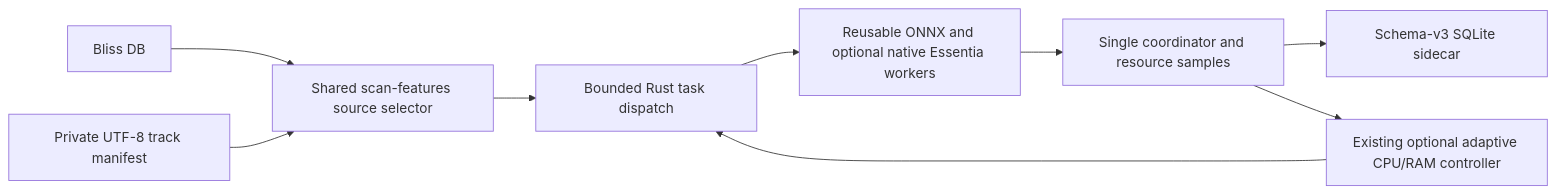
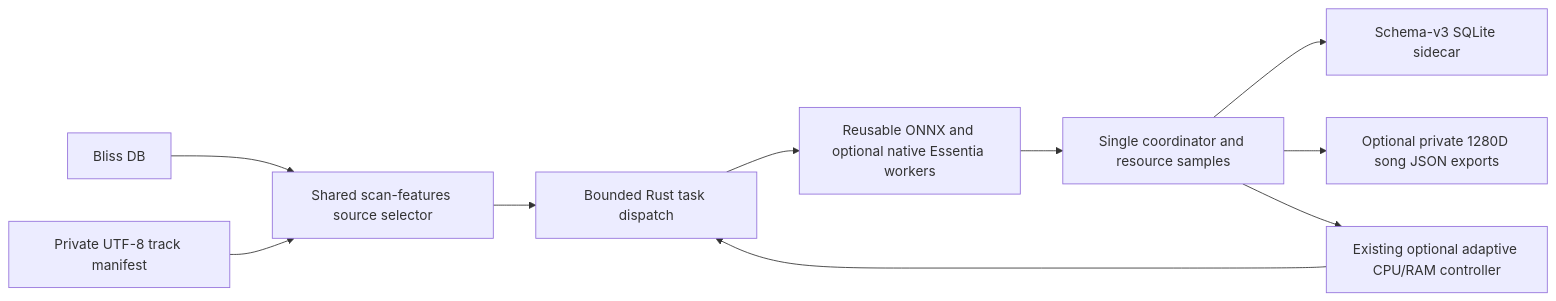
Before and after one commit to chrober/bliss-mood-poc: the diagram in docs/manifest-batch-adaptive-analysis.md, drawn with Mermaid. The commit also changed other lines of this file and 2 other files, not shown here.

Commit message:
Address Rust Clippy gates and document resumable batch embedding exports

````diff
--- a/docs/manifest-batch-adaptive-analysis.md
+++ b/docs/manifest-batch-adaptive-analysis.md
@@ -56,11 +68,12 @@
 ```mermaid
 flowchart LR
   A[Bliss DB] --> S[Shared scan-features source selector]
   B[Private UTF-8 track manifest] --> S
   S --> Q[Bounded Rust task dispatch]
   Q --> W[Reusable ONNX and optional native Essentia workers]
   W --> C[Single coordinator and resource samples]
   C --> D[Schema-v3 SQLite sidecar]
+  C --> E[Optional private 1280D song JSON exports]
   C --> G[Existing optional adaptive CPU/RAM controller]
   G --> Q
 ```
````
